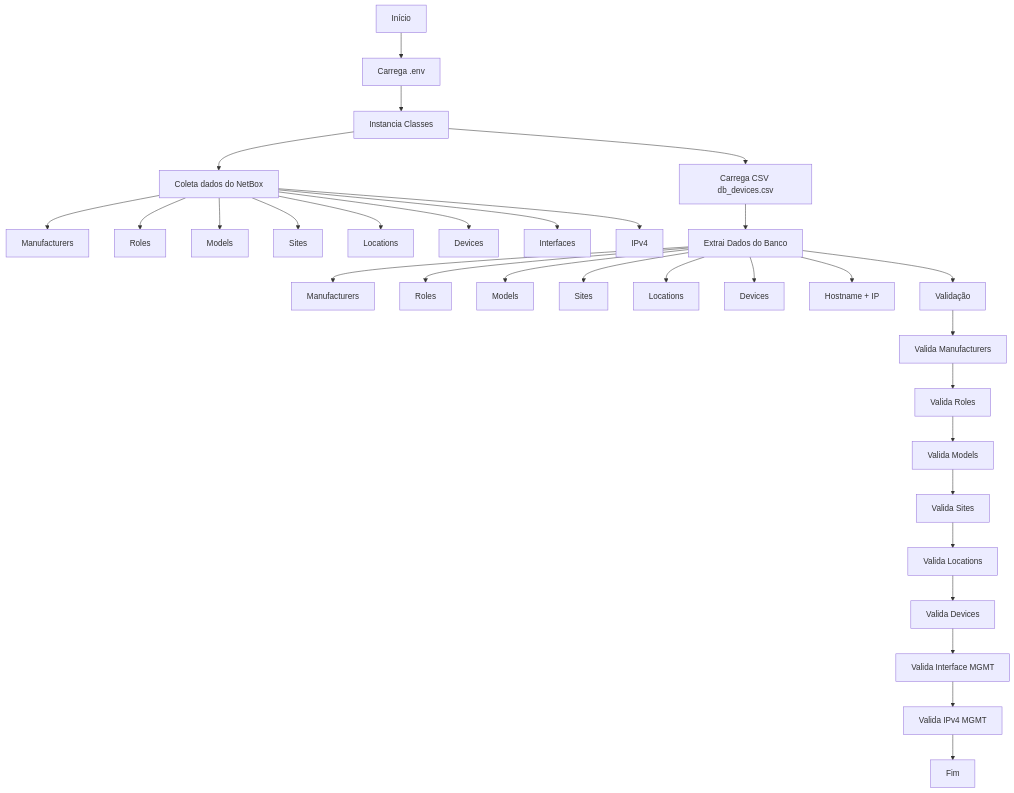
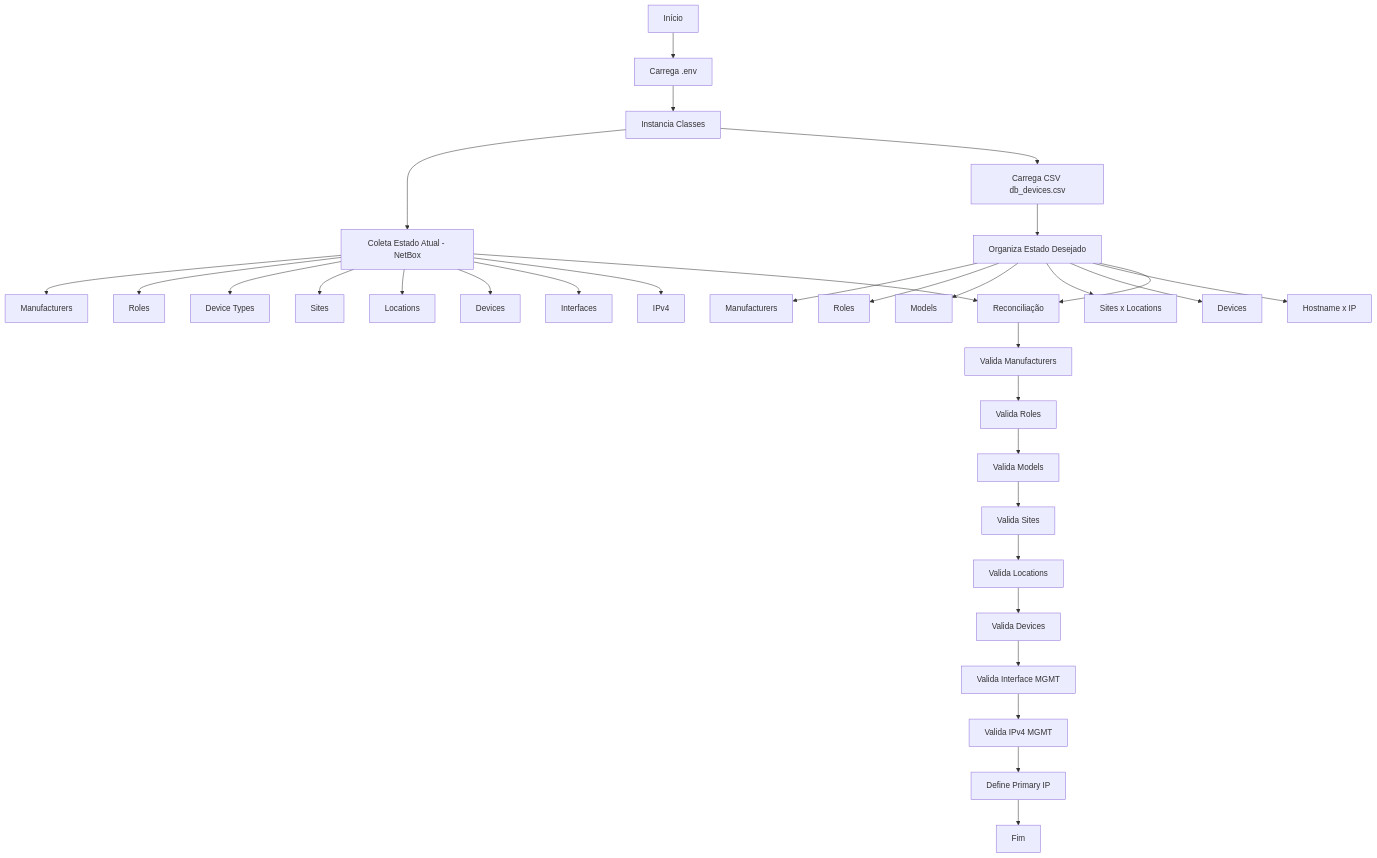
One commit to ozumaru/Netbox_API_Requests changed the diagram in README.md. Above: the diagram before and after it, drawn with Mermaid.

Commit message:
[NETBOX] - Primeiro Commit

````diff
--- a/README.md
+++ b/README.md
@@ -150,40 +150,59 @@
 ```mermaid
 flowchart TD
-
+%% =========================
+%% INICIALIZAÇÃO
+%% =========================
 A[Início] --> B[Carrega .env]
 B --> C[Instancia Classes]
 
-C --> D[Coleta dados do NetBox]
+%% =========================
+%% ESTADO ATUAL - NETBOX
+%% =========================
+C --> D[Coleta Estado Atual - NetBox]
+
 D --> D1[Manufacturers]
 D --> D2[Roles]
-D --> D3[Models]
+D --> D3[Device Types]
 D --> D4[Sites]
 D --> D5[Locations]
 D --> D6[Devices]
 D --> D7[Interfaces]
 D --> D8[IPv4]
 
+%% =========================
+%% ESTADO DESEJADO - CSV
+%% =========================
 C --> E[Carrega CSV db_devices.csv]
+E --> F[Organiza Estado Desejado]
 
-E --> F[Extrai Dados do Banco]
 F --> F1[Manufacturers]
 F --> F2[Roles]
 F --> F3[Models]
-F --> F4[Sites]
-F --> F5[Locations]
-F --> F6[Devices]
-F --> F7[Hostname + IP]
+F --> F4[Sites x Locations]
+F --> F5[Devices]
+F --> F6[Hostname x IP]
 
-F --> G[Validação]
+%% =========================
+%% MOTOR DE RECONCILIAÇÃO
+%% =========================
+F --> G[Reconciliação]
+D --> G
 
+%% =========================
+%% VALIDAÇÃO HIERÁRQUICA
+%% =========================
 G --> H[Valida Manufacturers]
 H --> I[Valida Roles]
 I --> J[Valida Models]
 J --> K[Valida Sites]
 K --> L[Valida Locations]
 L --> M[Valida Devices]
 M --> N[Valida Interface MGMT]
 N --> O[Valida IPv4 MGMT]
+O --> P[Define Primary IP]
 
-O --> P[Fim]
+%% =========================
+%% FINAL
+%% =========================
+P --> Q[Fim]
 ```
````
